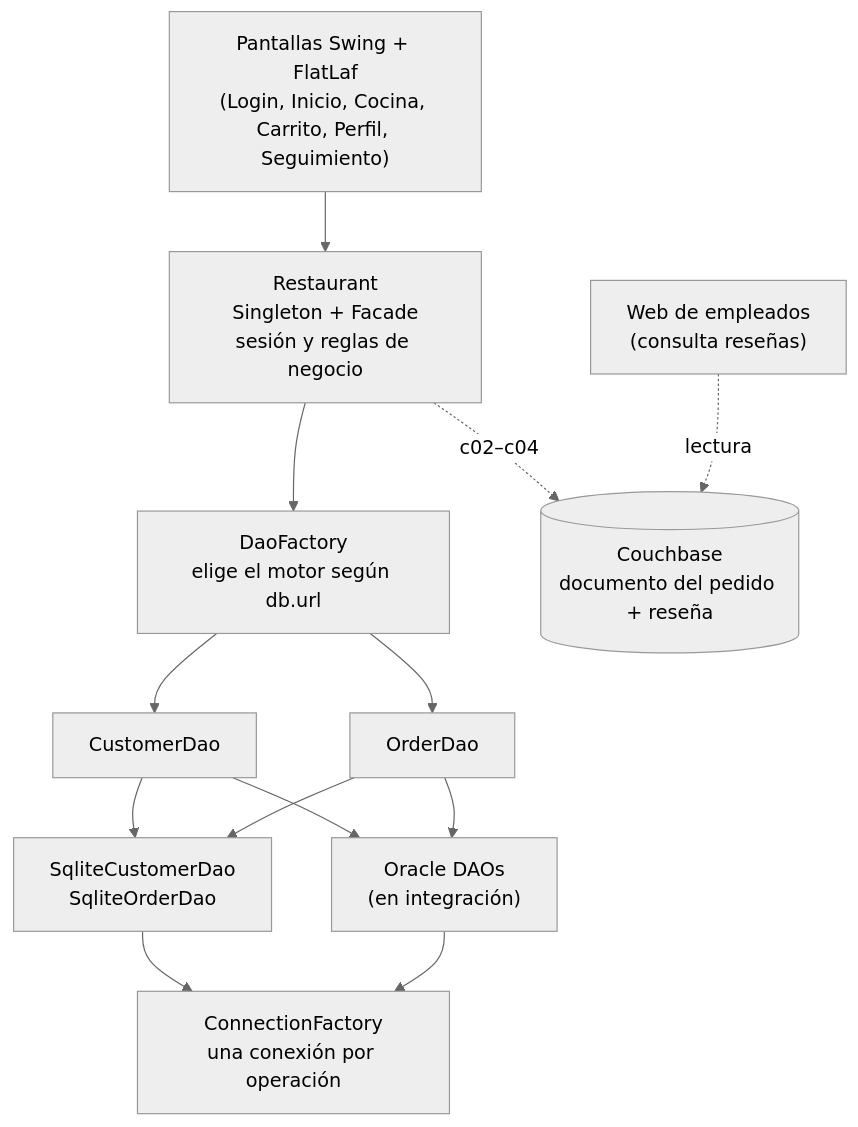
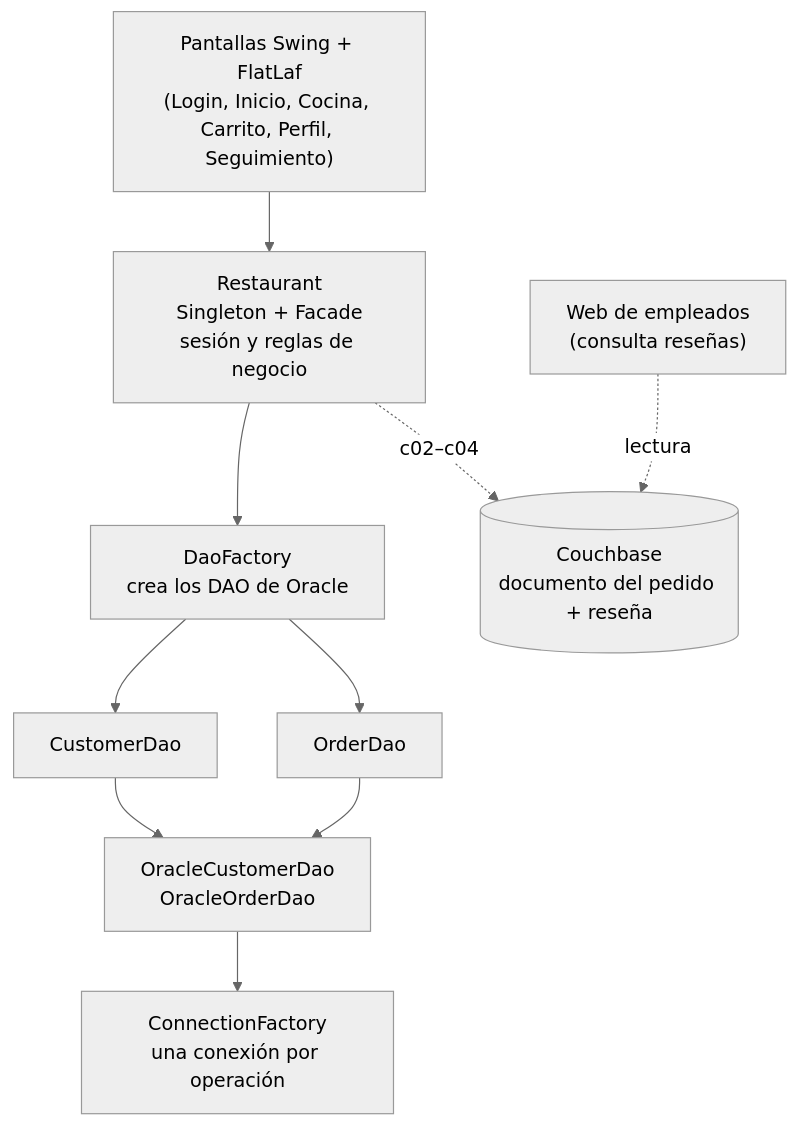
One commit to Jesusjes00/Le-cartoon-Gourtmet changed the diagram in README.md. Above: the diagram before and after it, drawn with Mermaid (neutral theme). The commit also changed other lines of this file and 13 other files, not shown here.

Commit message:
Solo Oracle: se elimina SQLite (DAOs, sqlite-jdbc, Restaurant.db) y las reseñas se guardan en PEDIDO.CALIFICACION/RESENA

````diff
--- a/README.md
+++ b/README.md
@@ -103,22 +102,20 @@
 ```mermaid
 flowchart TD
     UI["Pantallas Swing + FlatLaf<br/>(Login, Inicio, Cocina, Carrito, Perfil, Seguimiento)"]
     R["Restaurant<br/>Singleton + Facade<br/>sesión y reglas de negocio"]
-    F["DaoFactory<br/>elige el motor según db.url"]
+    F["DaoFactory<br/>crea los DAO de Oracle"]
     CD["CustomerDao"]
     OD["OrderDao"]
-    SQ["SqliteCustomerDao<br/>SqliteOrderDao"]
-    OR["Oracle DAOs<br/>(en integración)"]
+    OR["OracleCustomerDao<br/>OracleOrderDao"]
     CF["ConnectionFactory<br/>una conexión por operación"]
     CB[("Couchbase<br/>documento del pedido + reseña")]
     WEB["Web de empleados<br/>(consulta reseñas)"]
 
     UI --> R --> F
     F --> CD & OD
-    CD --> SQ & OR
-    OD --> SQ & OR
-    SQ --> CF
+    CD --> OR
+    OD --> OR
     OR --> CF
     R -. c02–c04 .-> CB
     WEB -. lectura .-> CB
 ```
````
